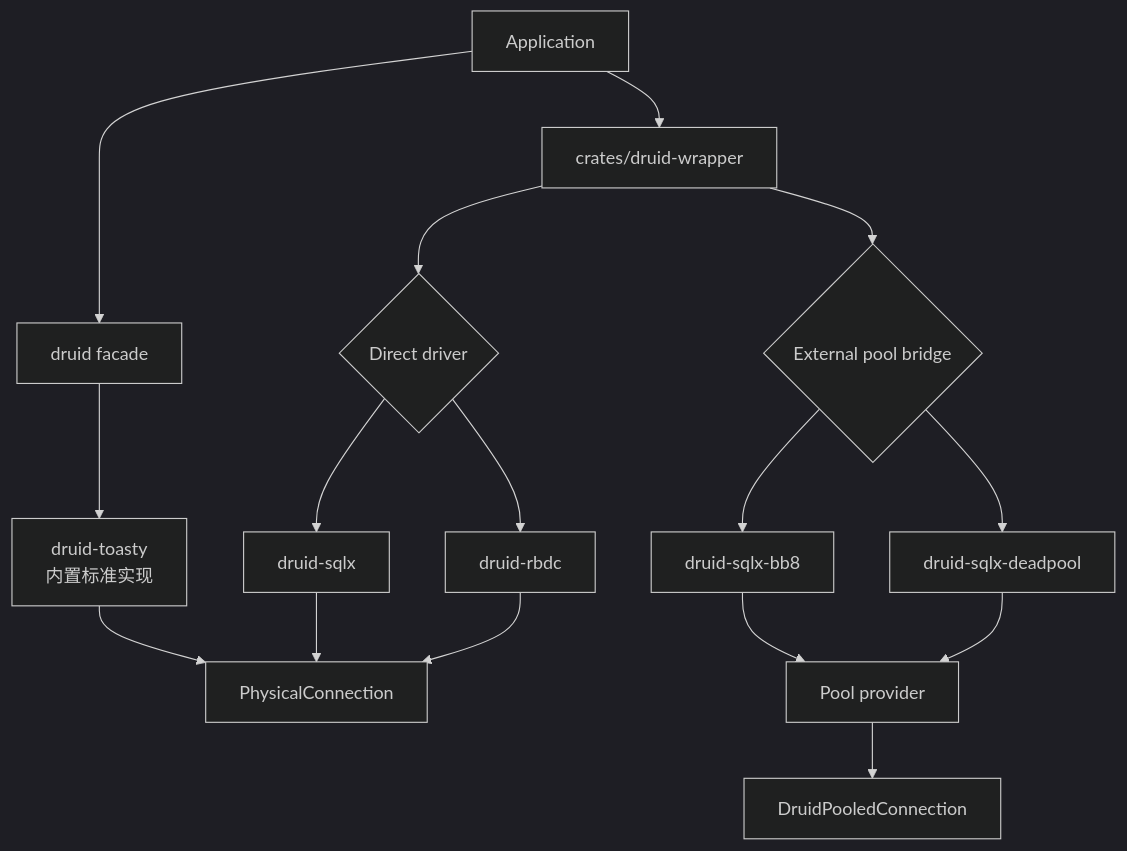
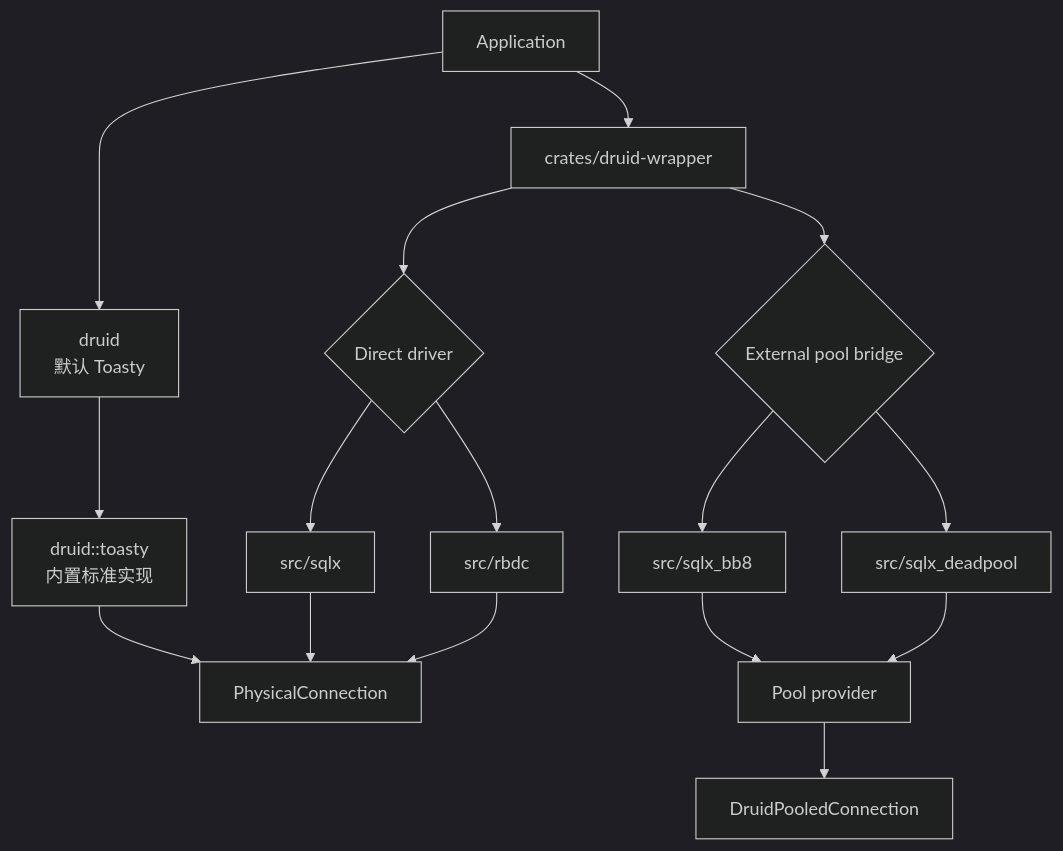
Before and after one commit to easy-4-rust/druid-rust: the diagram in crates/druid-wrapper/doc/migration/迁移路线图.md, drawn with Mermaid (dark theme). The commit also changed other lines of this file and 260 other files, not shown here.

````diff
--- a/crates/druid-wrapper/doc/migration/迁移路线图.md
+++ b/crates/druid-wrapper/doc/migration/迁移路线图.md
@@ -14,18 +14,18 @@
 ```mermaid
 flowchart TB
     App["Application"] --> Wrapper["crates/druid-wrapper"]
-    App --> Druid["druid facade"]
-    Druid --> BuiltIn["druid-toasty<br/>内置标准实现"]
+    App --> Druid["druid<br/>默认 Toasty"]
+    Druid --> BuiltIn["druid::toasty<br/>内置标准实现"]
     BuiltIn --> Physical["PhysicalConnection"]
     Wrapper --> Direct{"Direct driver"}
-    Direct --> Sqlx["druid-sqlx"]
-    Direct --> Rbdc["druid-rbdc"]
+    Direct --> Sqlx["src/sqlx"]
+    Direct --> Rbdc["src/rbdc"]
     Wrapper --> External{"External pool bridge"}
-    External --> Bb8["druid-sqlx-bb8"]
-    External --> Deadpool["druid-sqlx-deadpool"]
+    External --> Bb8["src/sqlx_bb8"]
+    External --> Deadpool["src/sqlx_deadpool"]
     Sqlx --> Physical
     Rbdc --> Physical
     Bb8 --> Pool["Pool provider"]
     Deadpool --> Pool
     Pool --> Pooled["DruidPooledConnection"]
 ```
````
